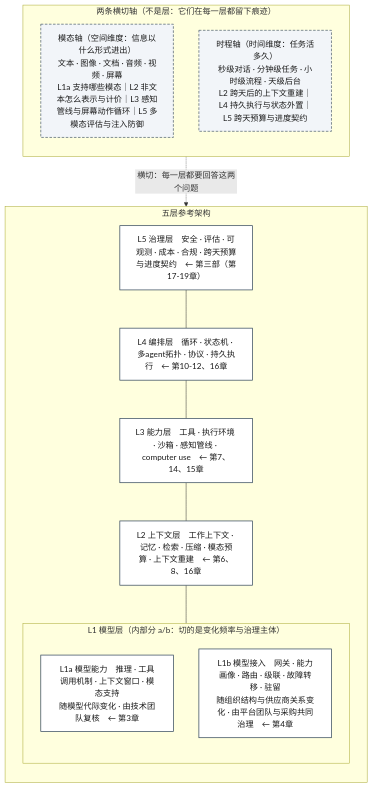
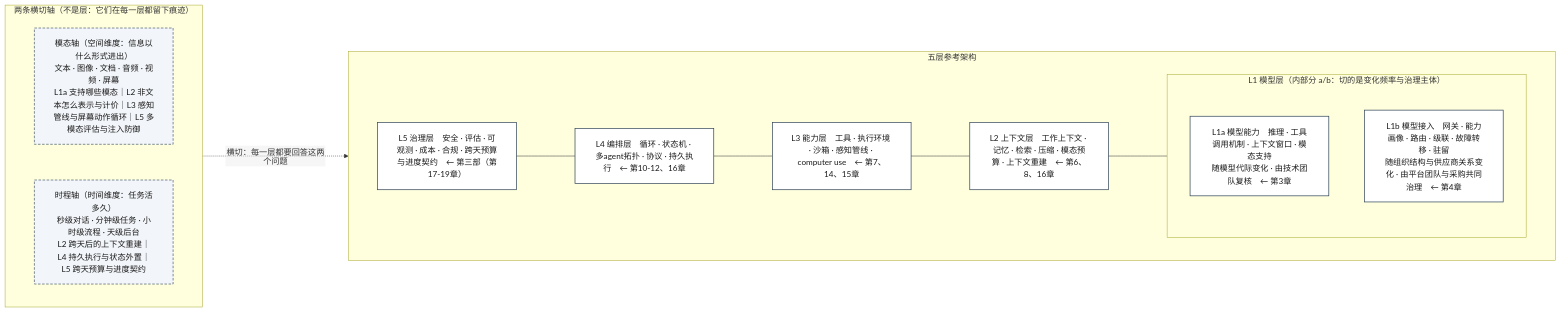
Before and after one commit to jeffery9/digital-apprentice: the diagram in agentbook/图表/图2-1_五层两轴总图.mmd, drawn with Mermaid. The commit also changed 32739 other files, not shown here.

```diff
--- a/agentbook/图表/图2-1_五层两轴总图.mmd
+++ b/agentbook/图表/图2-1_五层两轴总图.mmd
@@ -1,30 +1,31 @@
 %% 图 2-1｜五层参考架构 × 两条横切轴（全书之锚，第 2 章）
 %% 声明：本图为本书综合提出的组织方式，不是业界标准。它的价值是提供一套可指认问题位置的词汇。
 %% 四个放大方向：L1a（第3章）／L1b（第4章）／模态轴（第13-14章）／时程轴（第16章）
-flowchart TB
+%%{init: {"flowchart": {"nodeSpacing": 70, "rankSpacing": 90, "padding": 18, "htmlLabels": false}}}%%
+flowchart LR
     subgraph AXES["两条横切轴（不是层：它们在每一层都留下痕迹）"]
-        direction TB
+        direction LR
         MODAL["模态轴（空间维度：信息以什么形式进出）<br/>文本 · 图像 · 文档 · 音频 · 视频 · 屏幕<br/>L1a 支持哪些模态｜L2 非文本怎么表示与计价｜L3 感知管线与屏幕动作循环｜L5 多模态评估与注入防御"]
         HORIZ["时程轴（时间维度：任务活多久）<br/>秒级对话 · 分钟级任务 · 小时级流程 · 天级后台<br/>L2 跨天后的上下文重建｜L4 持久执行与状态外置｜L5 跨天预算与进度契约"]
     end
 
     subgraph STACK["五层参考架构"]
-        direction TB
+        direction LR
         L5["L5 治理层　安全 · 评估 · 可观测 · 成本 · 合规 · 跨天预算与进度契约　← 第三部（第17-19章）"]
         L4["L4 编排层　循环 · 状态机 · 多agent拓扑 · 协议 · 持久执行　← 第10-12、16章"]
         L3["L3 能力层　工具 · 执行环境 · 沙箱 · 感知管线 · computer use　← 第7、14、15章"]
         L2["L2 上下文层　工作上下文 · 记忆 · 检索 · 压缩 · 模态预算 · 上下文重建　← 第6、8、16章"]
         subgraph L1["L1 模型层（内部分 a/b：切的是变化频率与治理主体）"]
             direction TB
             L1a["L1a 模型能力　推理 · 工具调用机制 · 上下文窗口 · 模态支持<br/>随模型代际变化 · 由技术团队复核　← 第3章"]
             L1b["L1b 模型接入　网关 · 能力画像 · 路由 · 级联 · 故障转移 · 驻留<br/>随组织结构与供应商关系变化 · 由平台团队与采购共同治理　← 第4章"]
         end
         L5 --- L4 --- L3 --- L2 --- L1
     end
 
     AXES -. "横切：每一层都要回答这两个问题" .-> STACK
 
     classDef layer fill:#fff,stroke:#33475b,stroke-width:1.4px,color:#1a1a1a
     classDef axis fill:#f2f5f9,stroke:#33475b,stroke-width:1.2px,color:#1a1a1a,stroke-dasharray:5 3
     class L5,L4,L3,L2,L1a,L1b layer
     class MODAL,HORIZ axis
```
